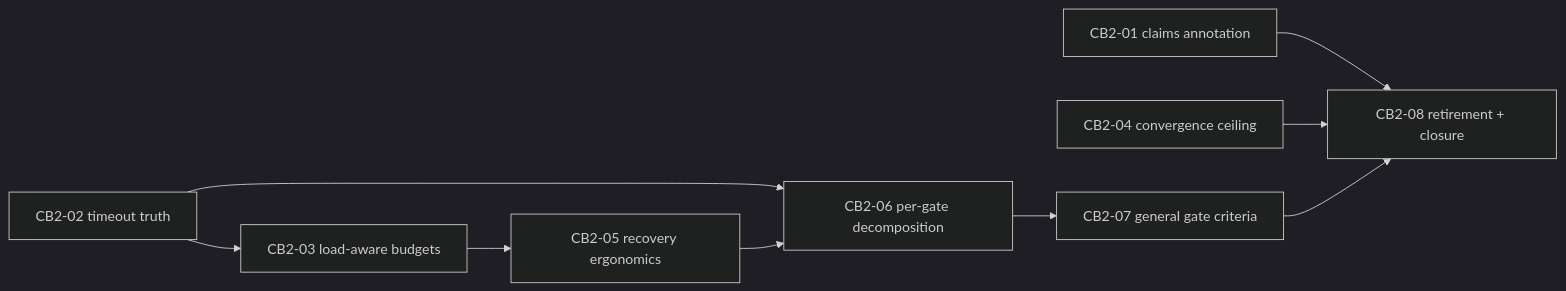
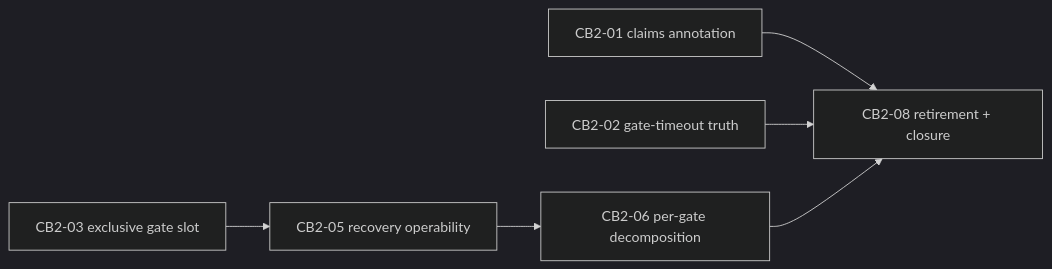
Before and after one commit to kzaslavsky/Harness_labs: the diagram in docs/development/CONTRACT_BURDEN_RELAXATION_2_PLAN.md, drawn with Mermaid (dark theme). The commit also changed other lines of this file and 7 other files, not shown here.

````diff
--- a/docs/development/CONTRACT_BURDEN_RELAXATION_2_PLAN.md
+++ b/docs/development/CONTRACT_BURDEN_RELAXATION_2_PLAN.md
@@ -67,11 +113,8 @@
 ```mermaid
 graph LR
-  CB2-01[CB2-01 claims annotation] --> CB2-08
-  CB2-02[CB2-02 timeout truth] --> CB2-03[CB2-03 load-aware budgets]
-  CB2-03 --> CB2-05[CB2-05 recovery ergonomics]
-  CB2-02 --> CB2-06[CB2-06 per-gate decomposition]
-  CB2-05 --> CB2-06
-  CB2-06 --> CB2-07[CB2-07 general gate criteria]
-  CB2-04[CB2-04 convergence ceiling] --> CB2-08[CB2-08 retirement + closure]
-  CB2-07 --> CB2-08
+  CB2-01[CB2-01 claims annotation] --> CB2-08[CB2-08 retirement + closure]
+  CB2-02[CB2-02 gate-timeout truth] --> CB2-08
+  CB2-03[CB2-03 exclusive gate slot] --> CB2-05[CB2-05 recovery operability]
+  CB2-05 --> CB2-06[CB2-06 per-gate decomposition]
+  CB2-06 --> CB2-08
 ```
````
